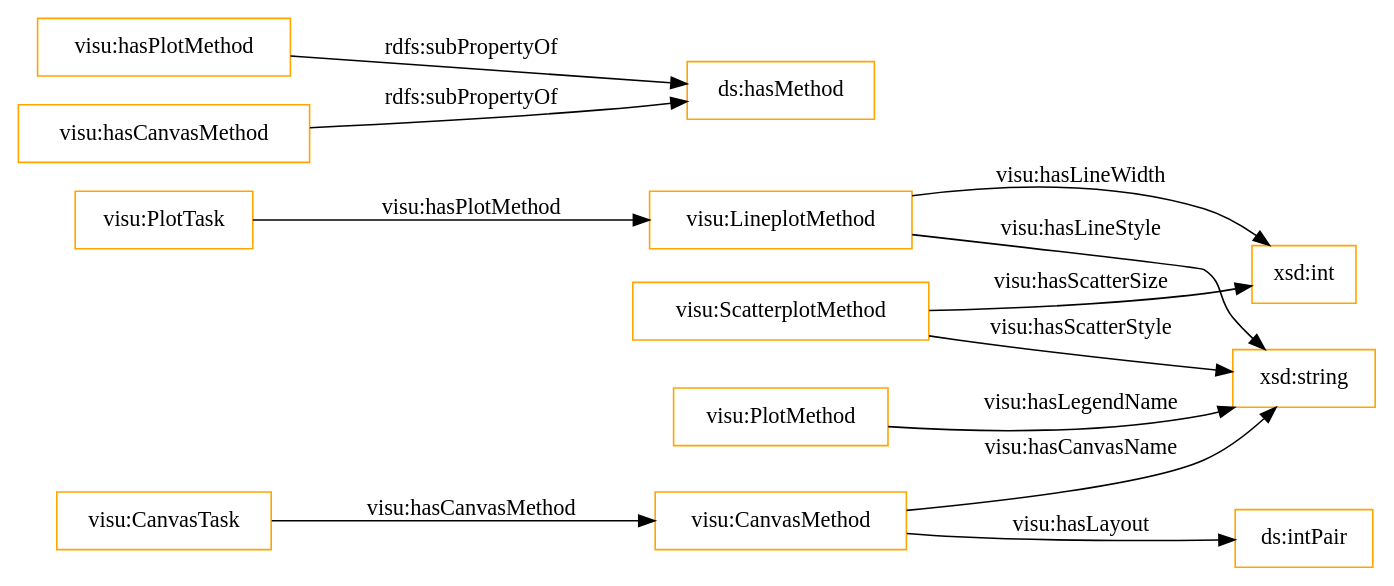
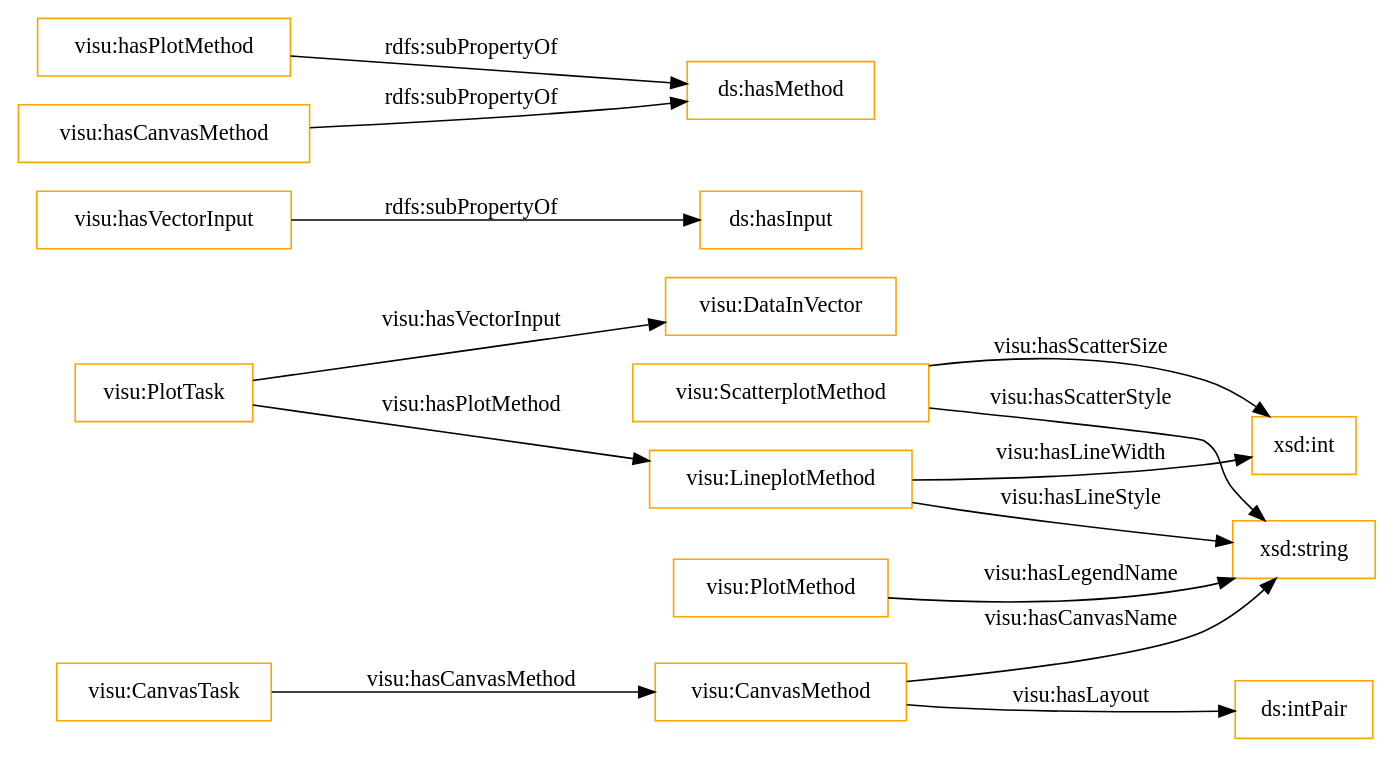
Before and after one commit to nsai-uio/ExeKGOntology: the diagram in OnToology/visu_exeKGOntology.ttl/diagrams/ar2dtool-class/visu_exeKGOntology.ttl.png.dot, drawn with Graphviz. The commit also changed 35 other files, not shown here.

```diff
--- a/OnToology/visu_exeKGOntology.ttl/diagrams/ar2dtool-class/visu_exeKGOntology.ttl.png.dot
+++ b/OnToology/visu_exeKGOntology.ttl/diagrams/ar2dtool-class/visu_exeKGOntology.ttl.png.dot
@@ -1,17 +1,19 @@
 digraph ar2dtool_diagram { 
 rankdir=LR;
 size="1501"
-node [shape = rectangle, color="orange"]; "visu:ScatterplotMethod" "visu:LineplotMethod" "visu:PlotTask" "visu:PlotMethod" "visu:CanvasTask" "visu:CanvasMethod" ; /*classes style*/
+node [shape = rectangle, color="orange"]; "visu:DataInVector" "visu:ScatterplotMethod" "visu:LineplotMethod" "visu:PlotTask" "visu:PlotMethod" "visu:CanvasTask" "visu:CanvasMethod" ; /*classes style*/
+	"visu:hasVectorInput" -> "ds:hasInput" [ label = "rdfs:subPropertyOf" ];
 	"visu:hasPlotMethod" -> "ds:hasMethod" [ label = "rdfs:subPropertyOf" ];
 	"visu:hasCanvasMethod" -> "ds:hasMethod" [ label = "rdfs:subPropertyOf" ];
 	"visu:LineplotMethod" -> "xsd:string" [ label = "visu:hasLineStyle" ];
 	"visu:ScatterplotMethod" -> "xsd:string" [ label = "visu:hasScatterStyle" ];
+	"visu:PlotTask" -> "visu:DataInVector" [ label = "visu:hasVectorInput" ];
 	"visu:PlotTask" -> "visu:LineplotMethod" [ label = "visu:hasPlotMethod" ];
 	"visu:ScatterplotMethod" -> "xsd:int" [ label = "visu:hasScatterSize" ];
 	"visu:CanvasMethod" -> "ds:intPair" [ label = "visu:hasLayout" ];
 	"visu:CanvasTask" -> "visu:CanvasMethod" [ label = "visu:hasCanvasMethod" ];
 	"visu:CanvasMethod" -> "xsd:string" [ label = "visu:hasCanvasName" ];
 	"visu:LineplotMethod" -> "xsd:int" [ label = "visu:hasLineWidth" ];
 	"visu:PlotMethod" -> "xsd:string" [ label = "visu:hasLegendName" ];
 
 }
```
